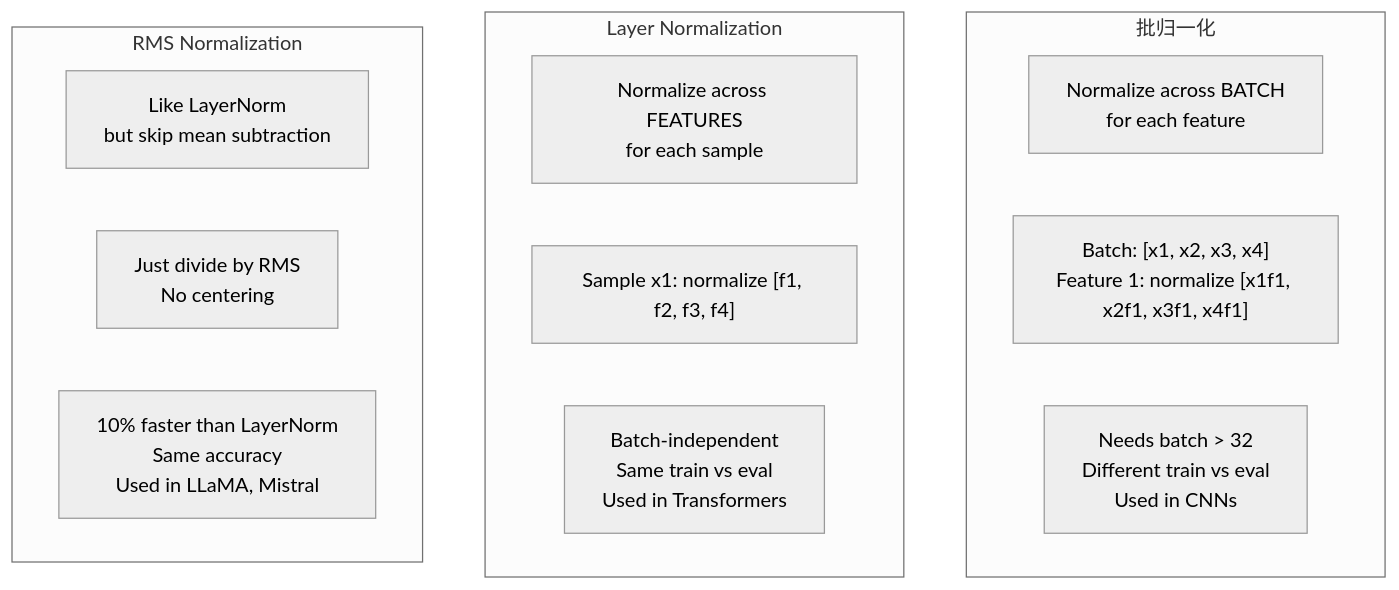
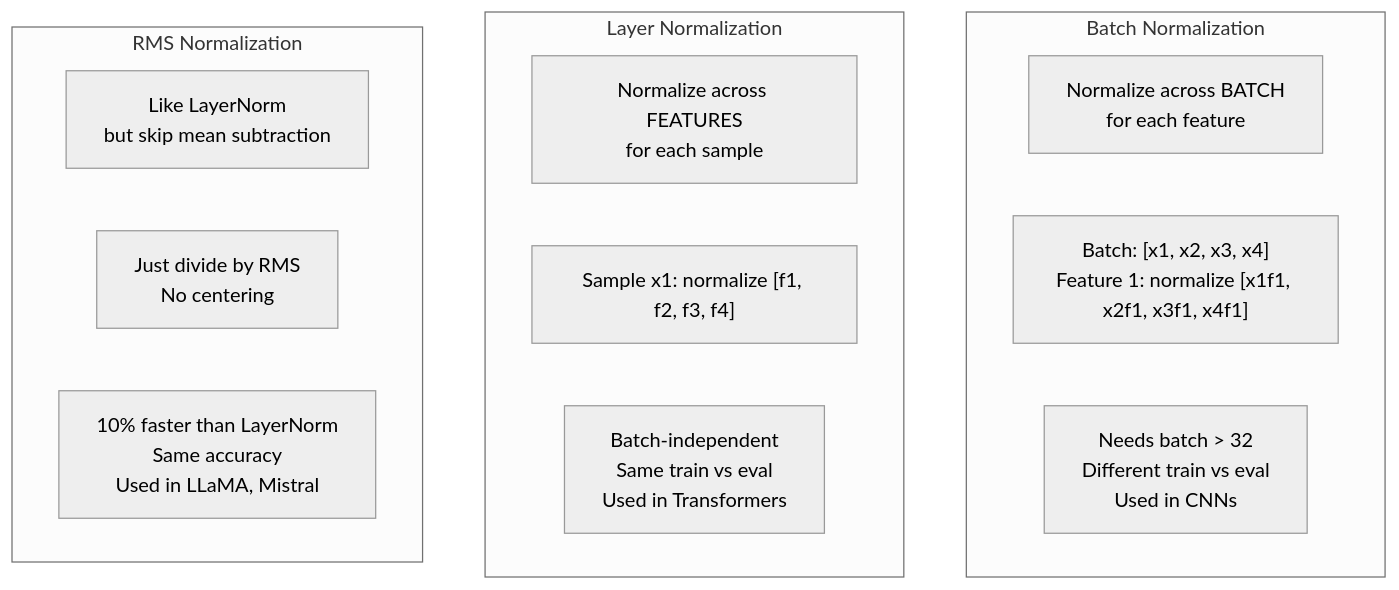
One commit to arwei944/ai-engineering-from-scratch changed the second of 3 diagrams in phases/03-deep-learning-core/07-regularization/docs/zh.md. Above: the diagram before and after it, drawn with Mermaid (neutral theme). The commit also changed other lines of this file and 65 other files, not shown here.

````diff
--- a/phases/03-deep-learning-core/07-regularization/docs/zh.md
+++ b/phases/03-deep-learning-core/07-regularization/docs/zh.md
@@ -136,18 +136,18 @@
 ```mermaid
 graph TD
-    subgraph "批归一化"
+    subgraph "Batch Normalization"
         BN_D["Normalize across BATCH<br/>for each feature"]
         BN_S["Batch: [x1, x2, x3, x4]<br/>Feature 1: normalize [x1f1, x2f1, x3f1, x4f1]"]
         BN_P["Needs batch > 32<br/>Different train vs eval<br/>Used in CNNs"]
     end
     subgraph "Layer Normalization"
         LN_D["Normalize across FEATURES<br/>for each sample"]
         LN_S["Sample x1: normalize [f1, f2, f3, f4]"]
         LN_P["Batch-independent<br/>Same train vs eval<br/>Used in Transformers"]
     end
     subgraph "RMS Normalization"
         RN_D["Like LayerNorm<br/>but skip mean subtraction"]
         RN_S["Just divide by RMS<br/>No centering"]
         RN_P["10% faster than LayerNorm<br/>Same accuracy<br/>Used in LLaMA, Mistral"]
     end
 ```
````
